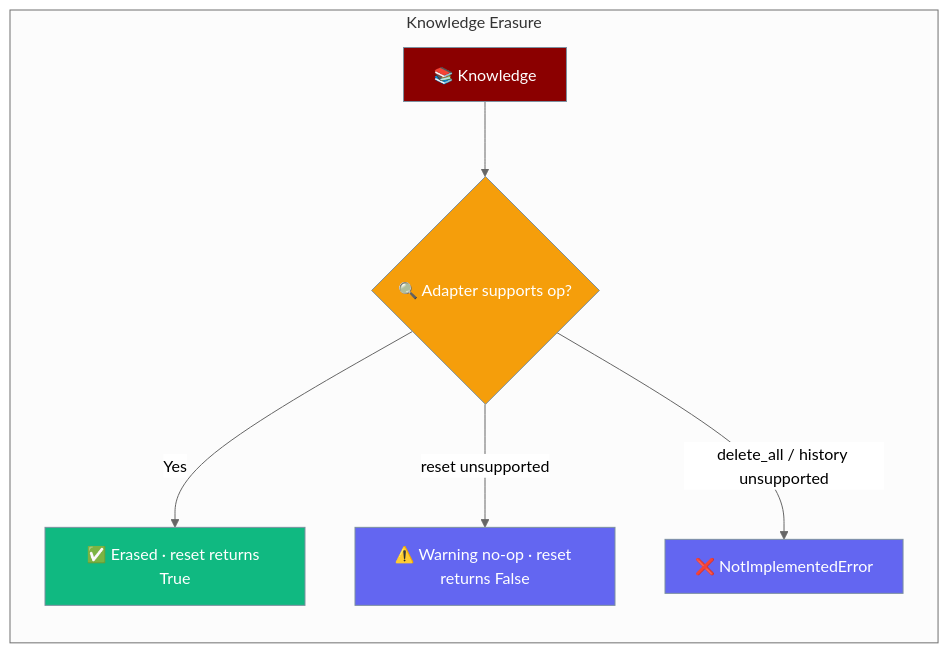
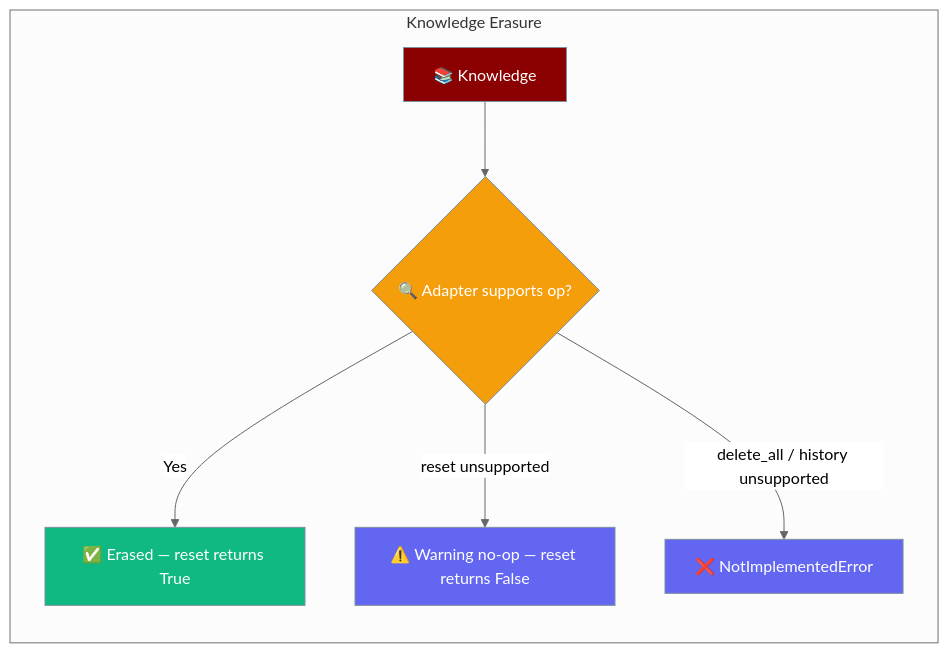
One commit to MervinPraison/PraisonAIDocs changed the first of 2 diagrams in docs/knowledge/erasure.mdx. Above: the diagram before and after it, drawn with Mermaid (neutral theme). The commit also changed other lines of this file and 1 other file, not shown here.

Commit message:
docs: update Knowledge.reset() and knowledge.clear semantics for PR #4991 (fixes #4030)

````diff
--- a/docs/knowledge/erasure.mdx
+++ b/docs/knowledge/erasure.mdx
@@ -18,19 +18,19 @@
 ```mermaid
 graph LR
     subgraph "Knowledge Erasure"
         A[📚 Knowledge] --> B{🔍 Adapter supports op?}
-        B -->|Yes| C[✅ Erased · reset returns True]
-        B -->|reset unsupported| D[⚠️ Warning no-op · reset returns False]
+        B -->|Yes| C[✅ Erased — reset returns True]
+        B -->|reset unsupported| D[⚠️ Warning no-op — reset returns False]
         B -->|delete_all / history unsupported| E[❌ NotImplementedError]
     end
 
     classDef input fill:#8B0000,stroke:#7C90A0,color:#fff
     classDef process fill:#F59E0B,stroke:#7C90A0,color:#fff
     classDef success fill:#10B981,stroke:#7C90A0,color:#fff
     classDef warn fill:#6366F1,stroke:#7C90A0,color:#fff
 
     class A input
     class B process
     class C success
     class D,E warn
 ```
````
